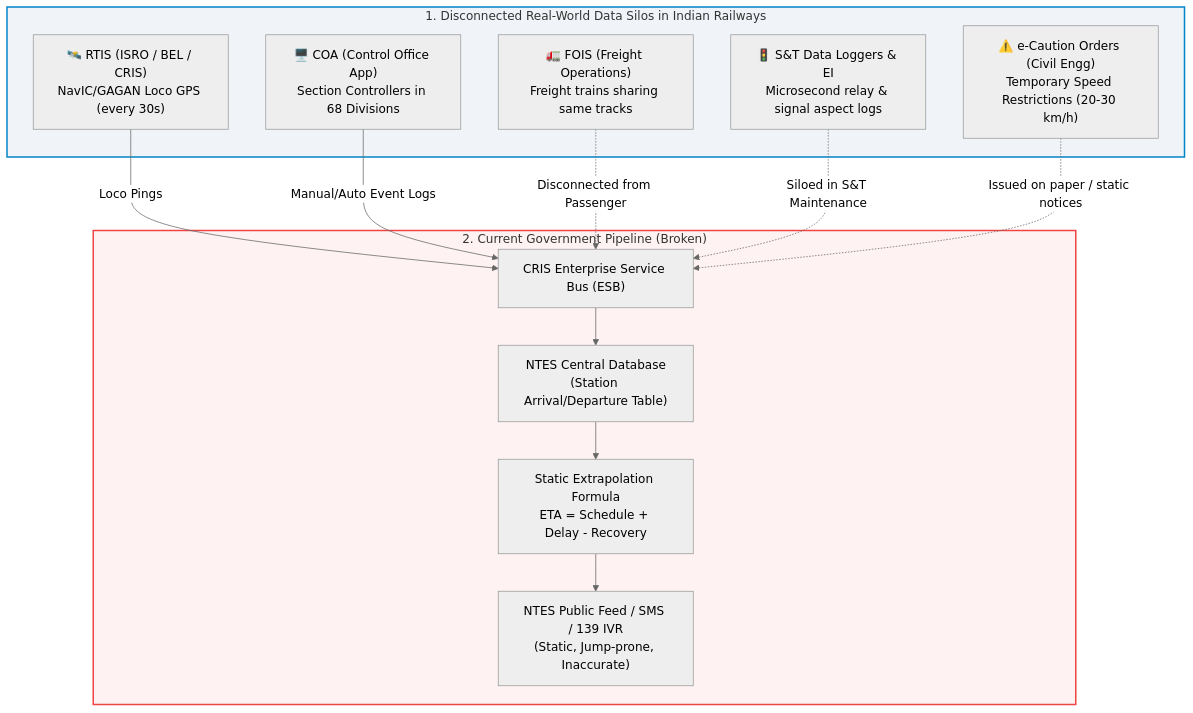
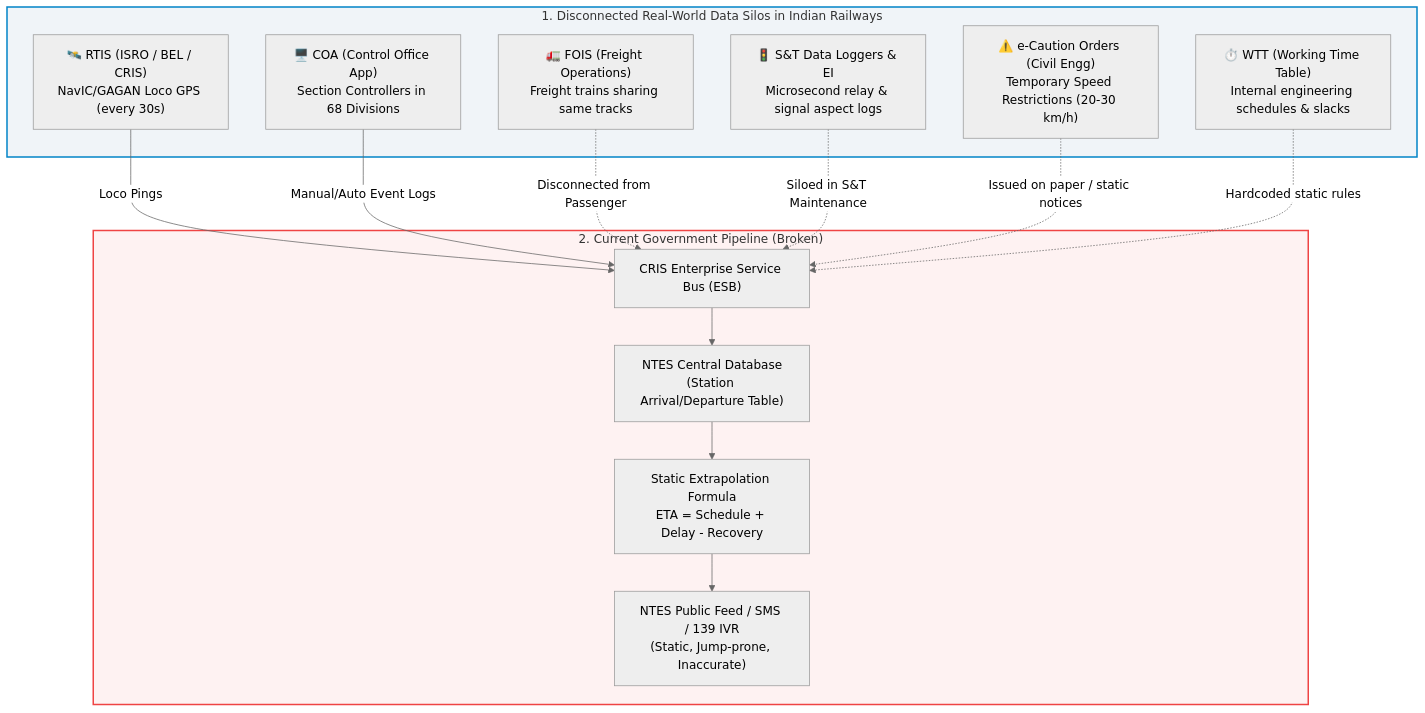
The first of 2 diagrams in README.md (tejuas98/Railway-), drawn with Mermaid (neutral theme) before and after one commit. The commit also changed other lines of this file and 1 other file, not shown here.

````diff
--- a/README.md
+++ b/README.md
@@ -49,30 +51,32 @@
 ```mermaid
 flowchart TB
     subgraph DataSilos["1. Disconnected Real-World Data Silos in Indian Railways"]
         RTIS["🛰️ RTIS (ISRO / BEL / CRIS)<br/>NavIC/GAGAN Loco GPS (every 30s)"]
         COA["🖥️ COA (Control Office App)<br/>Section Controllers in 68 Divisions"]
         FOIS["🚛 FOIS (Freight Operations)<br/>Freight trains sharing same tracks"]
         DL["🚦 S&T Data Loggers & EI<br/>Microsecond relay & signal aspect logs"]
         TSR["⚠️ e-Caution Orders (Civil Engg)<br/>Temporary Speed Restrictions (20-30 km/h)"]
+        WTT["⏱️ WTT (Working Time Table)<br/>Internal engineering schedules & slacks"]
     end
 
     subgraph CurrentPipeline["2. Current Government Pipeline (Broken)"]
         ESB["CRIS Enterprise Service Bus (ESB)"]
         NTES_DB["NTES Central Database<br/>(Station Arrival/Departure Table)"]
         STATIC_CALC["Static Extrapolation Formula<br/>ETA = Schedule + Delay - Recovery"]
         PUBLIC_API["NTES Public Feed / SMS / 139 IVR<br/>(Static, Jump-prone, Inaccurate)"]
     end
 
     RTIS -->|Loco Pings| ESB
     COA -->|Manual/Auto Event Logs| ESB
     FOIS -.->|Disconnected from Passenger| ESB
     DL -.->|Siloed in S&T Maintenance| ESB
     TSR -.->|Issued on paper / static notices| ESB
+    WTT -.->|Hardcoded static rules| ESB
     
     ESB --> NTES_DB
     NTES_DB --> STATIC_CALC
     STATIC_CALC --> PUBLIC_API
 
     style DataSilos fill:#f0f4f8,stroke:#0284c7,stroke-width:2px
     style CurrentPipeline fill:#fef2f2,stroke:#ef4444,stroke-width:2px
 ```
````
